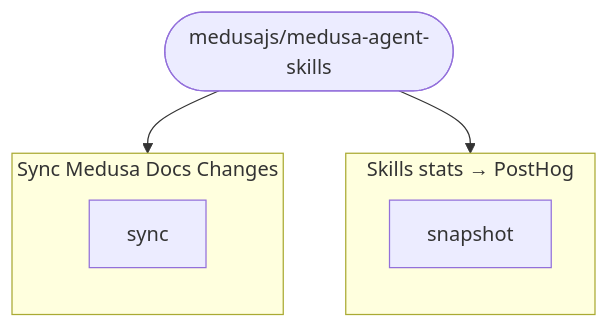
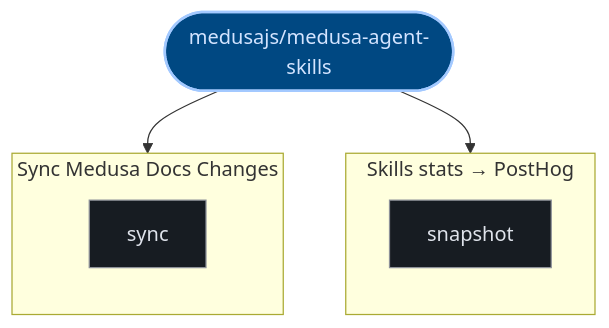
The diagram in exports/latest/reports/medusajs-medusa-agent-skills-report.md (kumarshaz/atruss-code-atlas), drawn with Mermaid before and after one commit. The commit also changed 331 other files, not shown here.

Commit message:
docs,ui,fix: update SDLC docs, reorder CI/CD DAG first, stylize Mermaid, and fix Arc42 pipeline topology

````diff
--- a/exports/latest/reports/medusajs-medusa-agent-skills-report.md
+++ b/exports/latest/reports/medusajs-medusa-agent-skills-report.md
@@ -49,14 +49,21 @@
 ```mermaid
 graph TD;
-  pipeline_root(["medusajs/medusa-agent-skills"])
+  classDef atlasRoot fill:#004882,stroke:#a3c9ff,stroke-width:2px,color:#d3e4ff
+  classDef atlasCategory fill:#212428,stroke:#E87A48,stroke-width:1.5px,color:#dfe3eb
+  classDef atlasWorkflow fill:#1b2026,stroke:#a3c9ff,stroke-width:1.5px,color:#dfe3eb
+  classDef atlasJob fill:#171c22,stroke:#8d9199,stroke-width:1px,color:#dfe3eb
+  classDef atlasTarget fill:#005227,stroke:#8bd99b,stroke-width:1.5px,color:#a7f6b6
+  classDef atlasAlert fill:#93000a,stroke:#ffb4ab,stroke-width:1.5px,color:#ffdad6
+  classDef atlasMore fill:#252a31,stroke:#8d9199,stroke-dasharray:4 4,color:#c3c6cf
+  pipeline_root(["medusajs/medusa-agent-skills"]):::atlasRoot
   subgraph Skills_stats___PostHog_0["Skills stats → PostHog"]
     direction TB
-    0_snapshot["snapshot"]
+    0_snapshot["snapshot"]:::atlasJob
   end
   pipeline_root --> 0_snapshot
   subgraph Sync_Medusa_Docs_Changes_1["Sync Medusa Docs Changes"]
     direction TB
-    1_sync["sync"]
+    1_sync["sync"]:::atlasJob
   end
   pipeline_root --> 1_sync
 ```
````
